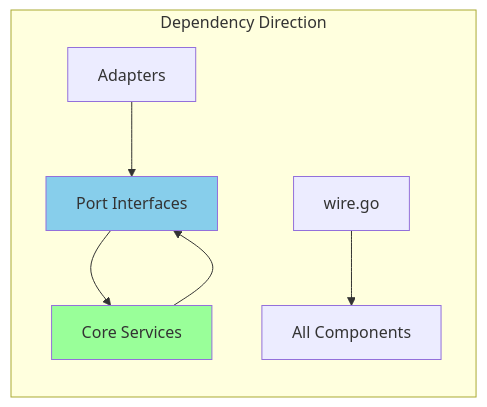
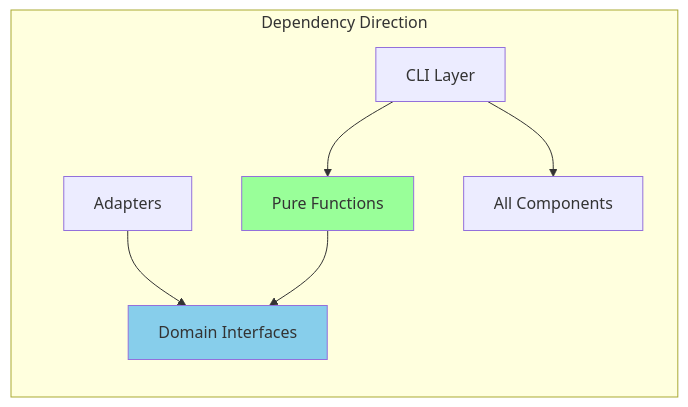
The first of 4 diagrams in docs/ARCHITECTURE.md (itiquette/gommitlint), drawn with Mermaid before and after one commit. The commit also changed other lines of this file and 79 other files, not shown here.

````diff
--- a/docs/ARCHITECTURE.md
+++ b/docs/ARCHITECTURE.md
@@ -128,12 +128,12 @@
 ```mermaid
 graph LR
     subgraph "Dependency Direction"
-        Adapters[Adapters] --> Ports[Port Interfaces]
-        Core[Core Services] --> Ports
-        Ports --> Core
-        Wire[wire.go] --> Everything[All Components]
+        Adapters[Adapters] --> Interfaces[Domain Interfaces]
+        Functions[Pure Functions] --> Interfaces
+        CLI[CLI Layer] --> Functions
+        CLI[CLI Layer] --> Everything[All Components]
     end
     
-    style Core fill:#99ff99
-    style Ports fill:#87CEEB
+    style Functions fill:#99ff99
+    style Interfaces fill:#87CEEB
 ```
````
